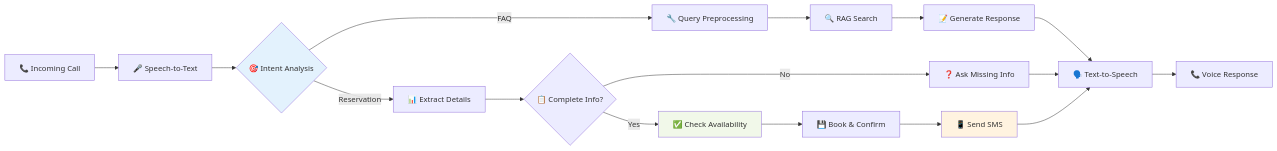
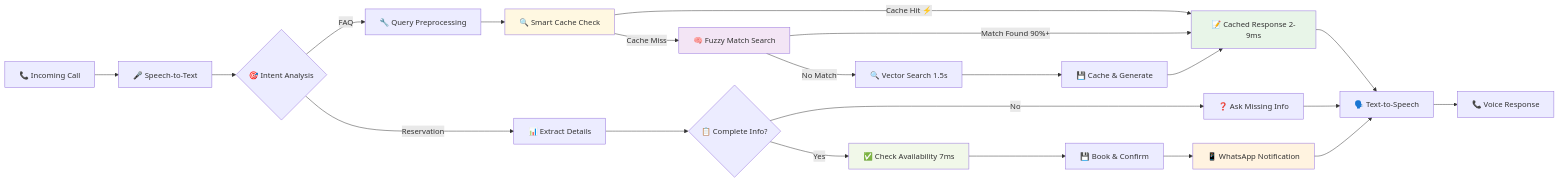
The second of 4 diagrams in README.md (pathways-2/voiceagent), drawn with Mermaid before and after one commit. The commit also changed other lines of this file, not shown here.

````diff
--- a/README.md
+++ b/README.md
@@ -72,25 +110,32 @@
 ```mermaid
 graph LR
     A[📞 Incoming Call] --> B[🎤 Speech-to-Text]
     B --> C{🎯 Intent Analysis}
     
     C -->|FAQ| D[🔧 Query Preprocessing]
-    D --> E[🔍 RAG Search]
-    E --> F[📝 Generate Response]
+    D --> E[🔍 Smart Cache Check]
+    E -->|Cache Hit ⚡| F[📝 Cached Response 2-9ms]
+    E -->|Cache Miss| G[🧠 Fuzzy Match Search]
+    G -->|Match Found 90%+| F
+    G -->|No Match| H[🔍 Vector Search 1.5s]
+    H --> I[💾 Cache & Generate]
+    I --> F
     
-    C -->|Reservation| G[📊 Extract Details]
-    G --> H{📋 Complete Info?}
-    H -->|No| I[❓ Ask Missing Info]
-    H -->|Yes| J[✅ Check Availability]
-    J --> K[💾 Book & Confirm]
+    C -->|Reservation| J[📊 Extract Details]
+    J --> K{📋 Complete Info?}
+    K -->|No| L[❓ Ask Missing Info]
+    K -->|Yes| M[✅ Check Availability 7ms]
+    M --> N[💾 Book & Confirm]
+    N --> O[📱 WhatsApp Notification]
     
-    F --> L[🗣️ Text-to-Speech]
-    I --> L
-    K --> M[📱 Send SMS]
-    M --> L
-    L --> N[📞 Voice Response]
+    F --> P[🗣️ Text-to-Speech]
+    L --> P
+    O --> P
+    P --> Q[📞 Voice Response]
     
-    style C fill:#e3f2fd
-    style J fill:#f1f8e9
-    style M fill:#fff3e0
+    style E fill:#fff8e1
+    style F fill:#e8f5e8
+    style G fill:#f3e5f5
+    style M fill:#f1f8e9
+    style O fill:#fff3e0
 ```
````
